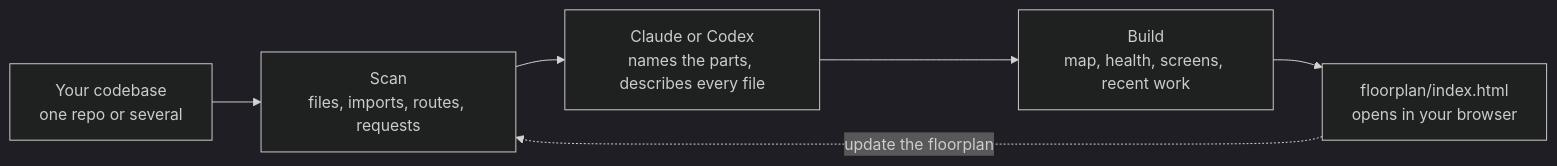
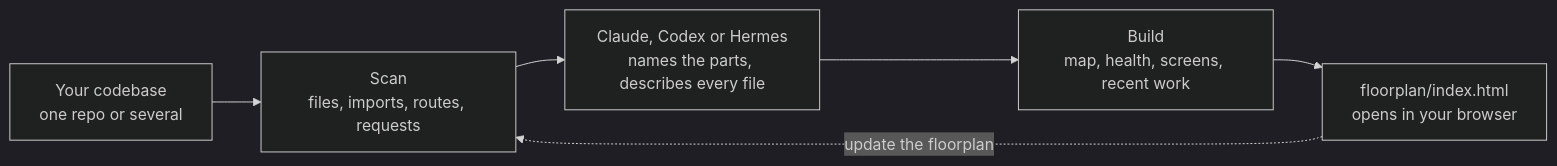
Before and after one commit to haydenschmitty/floorplan: the diagram in README.md, drawn with Mermaid (dark theme). The commit also changed other lines of this file and 44 other files, not shown here.

````diff
--- a/README.md
+++ b/README.md
@@ -230,8 +243,8 @@
 ```mermaid
 flowchart LR
     code["Your codebase<br/>one repo or several"] --> scan["Scan<br/>files, imports, routes, requests"]
-    scan --> agent["Claude or Codex<br/>names the parts, describes every file"]
+    scan --> agent["Claude, Codex or Hermes<br/>names the parts, describes every file"]
     agent --> build["Build<br/>map, health, screens, recent work"]
     build --> map["floorplan/index.html<br/>opens in your browser"]
     map -. "update the floorplan" .-> scan
 ```
````
